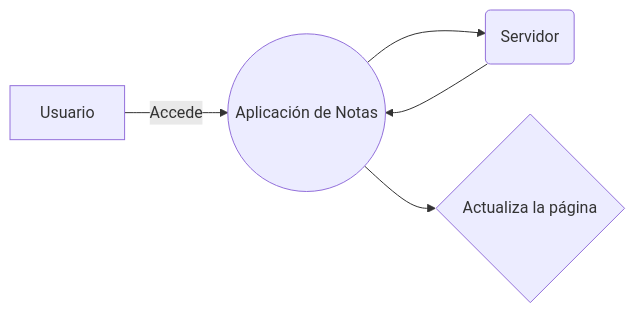
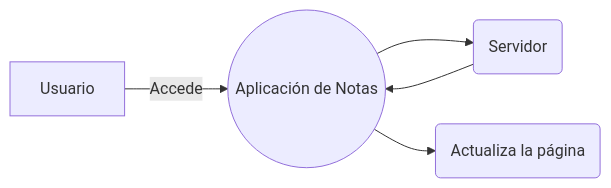
One commit to OmAn94/Markdown changed the second of 3 diagrams in README.md. Above: the diagram before and after it, drawn with Mermaid.

````diff
--- a/README.md
+++ b/README.md
@@ -24,9 +24,9 @@
 ```mermaid
 
 graph LR
     A[Usuario] -- Accede --> B((Aplicación de Notas))
     B --> C(Servidor)
     C --> B
-    B --> D{Actualiza la página}
+    B --> D(Actualiza la página)
 
 ```
````
